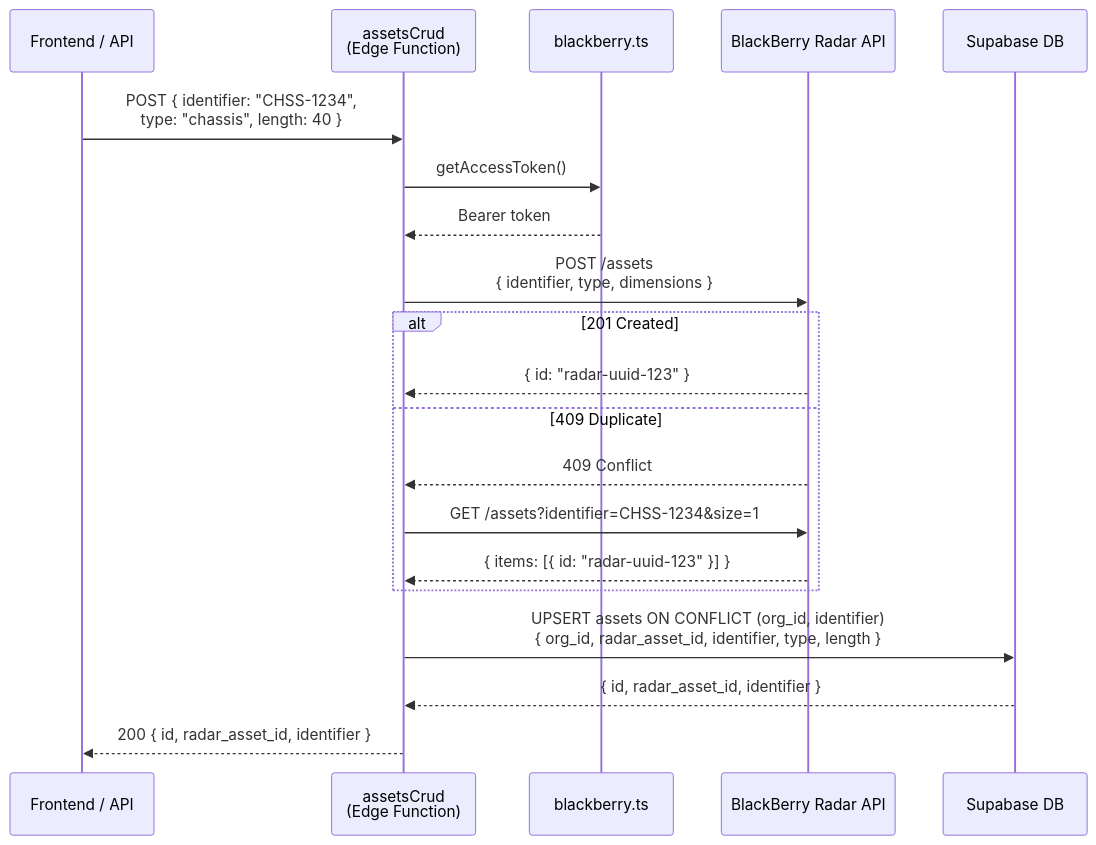
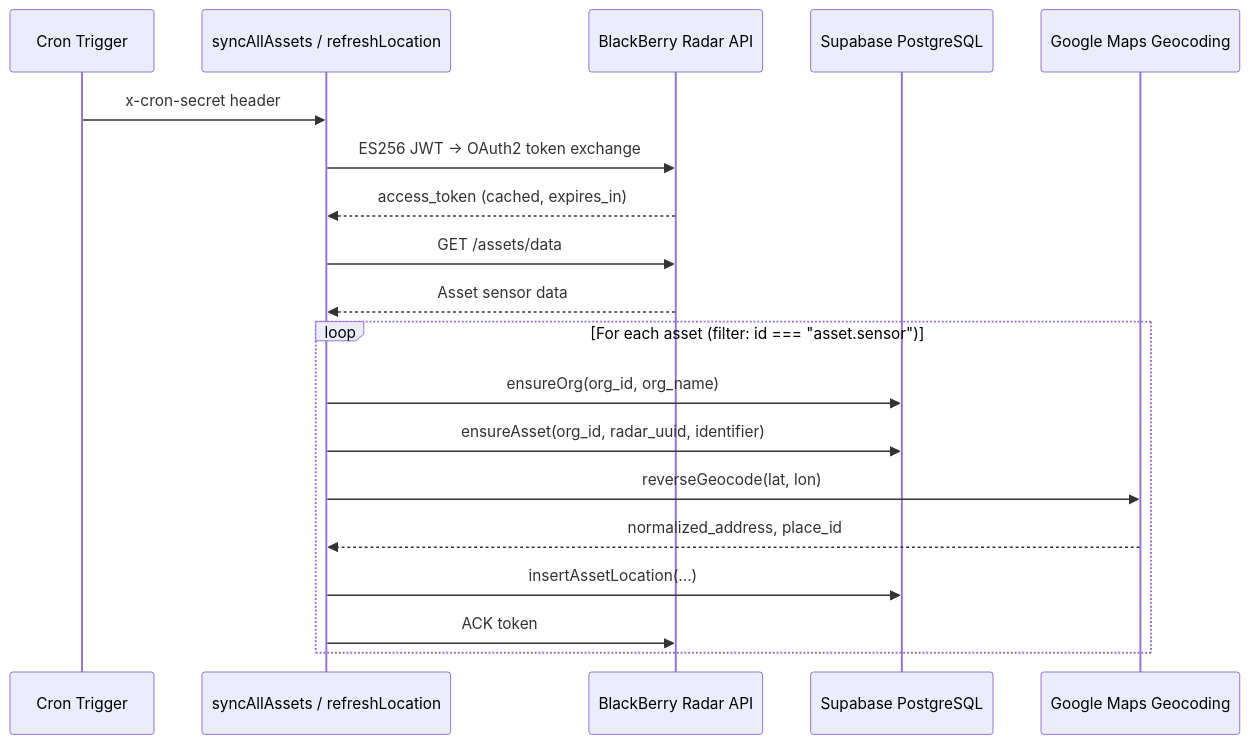
Before and after one commit to RichKingsASU/chassis-compass-navigator: the sixth of 14 diagrams in BUSINESS_LOGIC_REPORT.md, drawn with Mermaid. The commit also changed other lines of this file, not shown here.

First line of the commit message:
Update BUSINESS_LOGIC_REPORT.md with PASS 2 — verified file:line refs, corrected data

````diff
--- a/BUSINESS_LOGIC_REPORT.md
+++ b/BUSINESS_LOGIC_REPORT.md
@@ -583,26 +541,23 @@
 ```mermaid
 sequenceDiagram
-    participant Client as Frontend / API
-    participant CRUD as assetsCrud<br/>(Edge Function)
-    participant OAuth as blackberry.ts
-    participant Radar as BlackBerry Radar API
-    participant DB as Supabase DB
+    participant Cron as Cron Trigger
+    participant SyncFn as syncAllAssets / refreshLocation
+    participant BB as BlackBerry Radar API
+    participant DB as Supabase PostgreSQL
+    participant Google as Google Maps Geocoding
 
-    Client->>CRUD: POST { identifier: "CHSS-1234",<br/>type: "chassis", length: 40 }
+    Cron->>SyncFn: x-cron-secret header
+    SyncFn->>BB: ES256 JWT → OAuth2 token exchange
+    BB-->>SyncFn: access_token (cached, expires_in)
+    SyncFn->>BB: GET /assets/data
+    BB-->>SyncFn: Asset sensor data
 
-    CRUD->>OAuth: getAccessToken()
-    OAuth-->>CRUD: Bearer token
-
-    CRUD->>Radar: POST /assets<br/>{ identifier, type, dimensions }
-    alt 201 Created
-        Radar-->>CRUD: { id: "radar-uuid-123" }
-    else 409 Duplicate
-        Radar-->>CRUD: 409 Conflict
-        CRUD->>Radar: GET /assets?identifier=CHSS-1234&size=1
-        Radar-->>CRUD: { items: [{ id: "radar-uuid-123" }] }
+    loop For each asset (filter: id === "asset.sensor")
+        SyncFn->>DB: ensureOrg(org_id, org_name)
+        SyncFn->>DB: ensureAsset(org_id, radar_uuid, identifier)
+        SyncFn->>Google: reverseGeocode(lat, lon)
+        Google-->>SyncFn: normalized_address, place_id
+        SyncFn->>DB: insertAssetLocation(...)
+        SyncFn->>BB: ACK token
     end
-
-    CRUD->>DB: UPSERT assets ON CONFLICT (org_id, identifier)<br/>{ org_id, radar_asset_id, identifier, type, length }
-    DB-->>CRUD: { id, radar_asset_id, identifier }
-    CRUD-->>Client: 200 { id, radar_asset_id, identifier }
 ```
````
